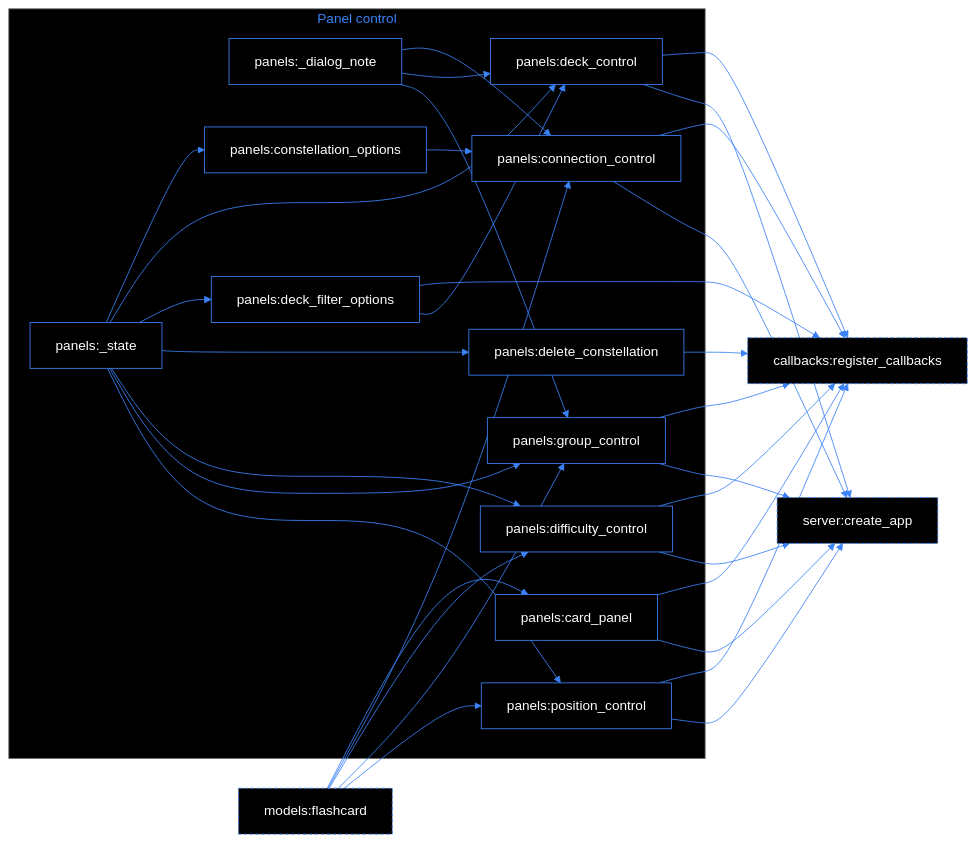
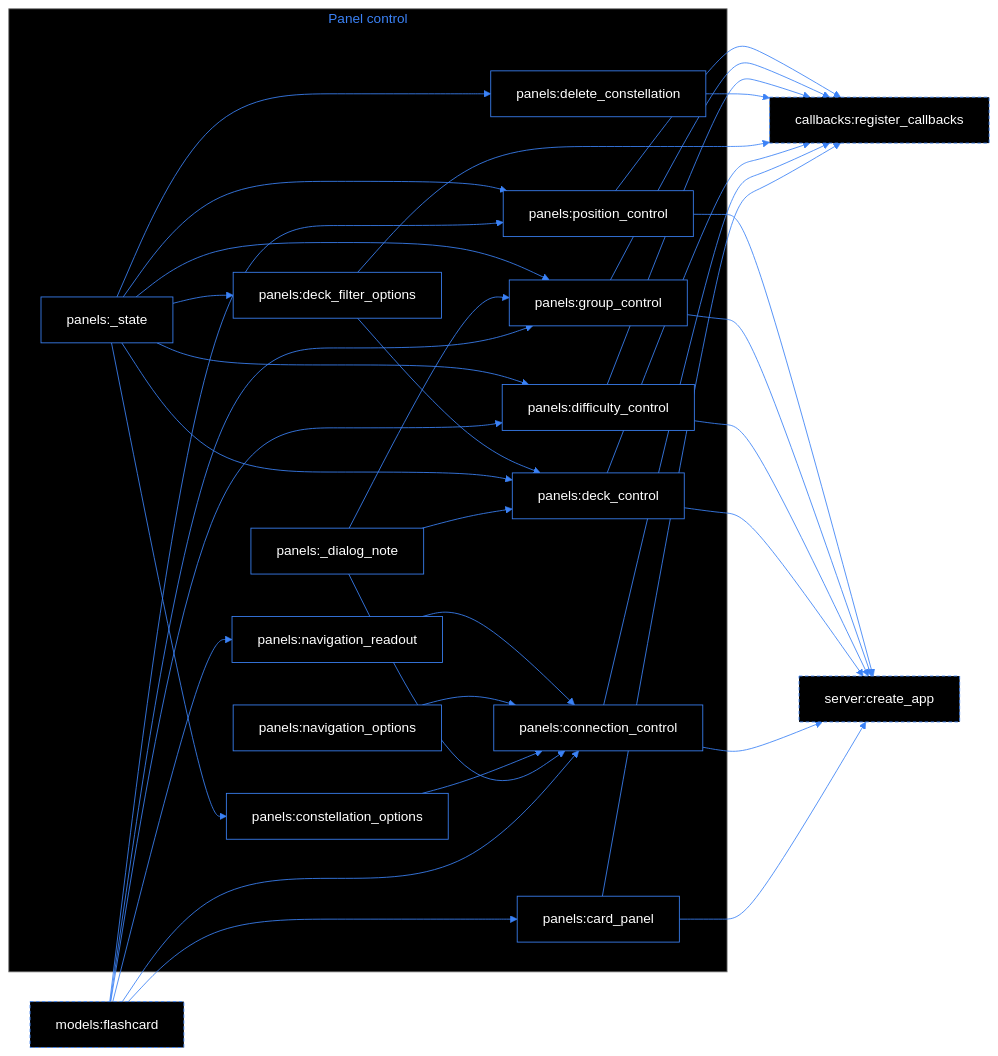
One commit to ArtjomAdamow/Fennelkernel-flashcards changed the fourth of 10 diagrams in INDEX.md. Above: the diagram before and after it, drawn with Mermaid (neutral theme). The commit also changed other lines of this file and 40 other files, not shown here.

````diff
--- a/INDEX.md
+++ b/INDEX.md
@@ -320,57 +320,62 @@
 ```mermaid
 graph LR
     %% arrow A --> B: B uses A; dashed = component of another section
     %% dashed arrow A -.-> B: transitive relation (data flow through module-level variables)
     classDef ext stroke: #3b82f6,stroke-dasharray: 4 3
     linkStyle default stroke: #3b82f6, color: #3b82f6
     classDef default fill: #000000ff, stroke: #3b82f6, color: #ffffffff
 
     subgraph sg_section_2["Panel control"]
         n_panels_card_panel["panels:card_panel"]
         n_panels_difficulty_control["panels:difficulty_control"]
         n_panels_position_control["panels:position_control"]
         n_panels_group_control["panels:group_control"]
         n_panels_connection_control["panels:connection_control"]
         n_panels__state["panels:_state"]
         n_panels__dialog_note["panels:_dialog_note"]
         n_panels_deck_filter_options["panels:deck_filter_options"]
         n_panels_deck_control["panels:deck_control"]
         n_panels_constellation_options["panels:constellation_options"]
         n_panels_delete_constellation["panels:delete_constellation"]
+        n_panels_navigation_options["panels:navigation_options"]
+        n_panels_navigation_readout["panels:navigation_readout"]
     end
     style sg_section_2 color: #3b82f6, fill: #000000ff
     n_callbacks_register_callbacks["callbacks:register_callbacks"]:::ext
     n_models_flashcard["models:flashcard"]:::ext
     n_server_create_app["server:create_app"]:::ext
     n_models_flashcard --> n_panels_card_panel
     n_models_flashcard --> n_panels_connection_control
     n_models_flashcard --> n_panels_difficulty_control
     n_models_flashcard --> n_panels_group_control
+    n_models_flashcard --> n_panels_navigation_readout
     n_models_flashcard --> n_panels_position_control
     n_panels__dialog_note --> n_panels_connection_control
     n_panels__dialog_note --> n_panels_deck_control
     n_panels__dialog_note --> n_panels_group_control
     n_panels__state --> n_panels_constellation_options
     n_panels__state --> n_panels_deck_control
     n_panels__state --> n_panels_deck_filter_options
     n_panels__state --> n_panels_delete_constellation
     n_panels__state --> n_panels_difficulty_control
     n_panels__state --> n_panels_group_control
     n_panels__state --> n_panels_position_control
     n_panels_card_panel --> n_callbacks_register_callbacks
     n_panels_card_panel --> n_server_create_app
     n_panels_connection_control --> n_callbacks_register_callbacks
     n_panels_connection_control --> n_server_create_app
     n_panels_constellation_options --> n_panels_connection_control
     n_panels_deck_control --> n_callbacks_register_callbacks
     n_panels_deck_control --> n_server_create_app
     n_panels_deck_filter_options --> n_callbacks_register_callbacks
     n_panels_deck_filter_options --> n_panels_deck_control
     n_panels_delete_constellation --> n_callbacks_register_callbacks
     n_panels_difficulty_control --> n_callbacks_register_callbacks
     n_panels_difficulty_control --> n_server_create_app
     n_panels_group_control --> n_callbacks_register_callbacks
     n_panels_group_control --> n_server_create_app
+    n_panels_navigation_options --> n_panels_connection_control
+    n_panels_navigation_readout --> n_panels_connection_control
     n_panels_position_control --> n_callbacks_register_callbacks
     n_panels_position_control --> n_server_create_app
 ```
````
